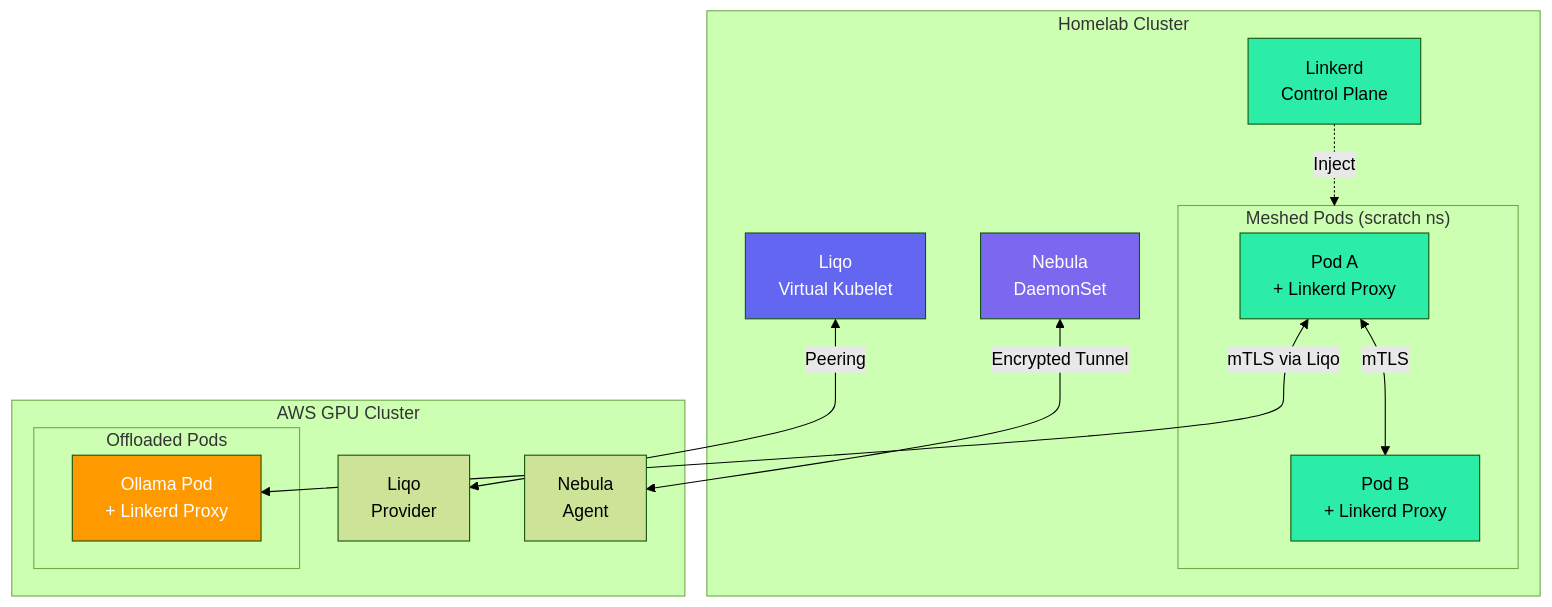
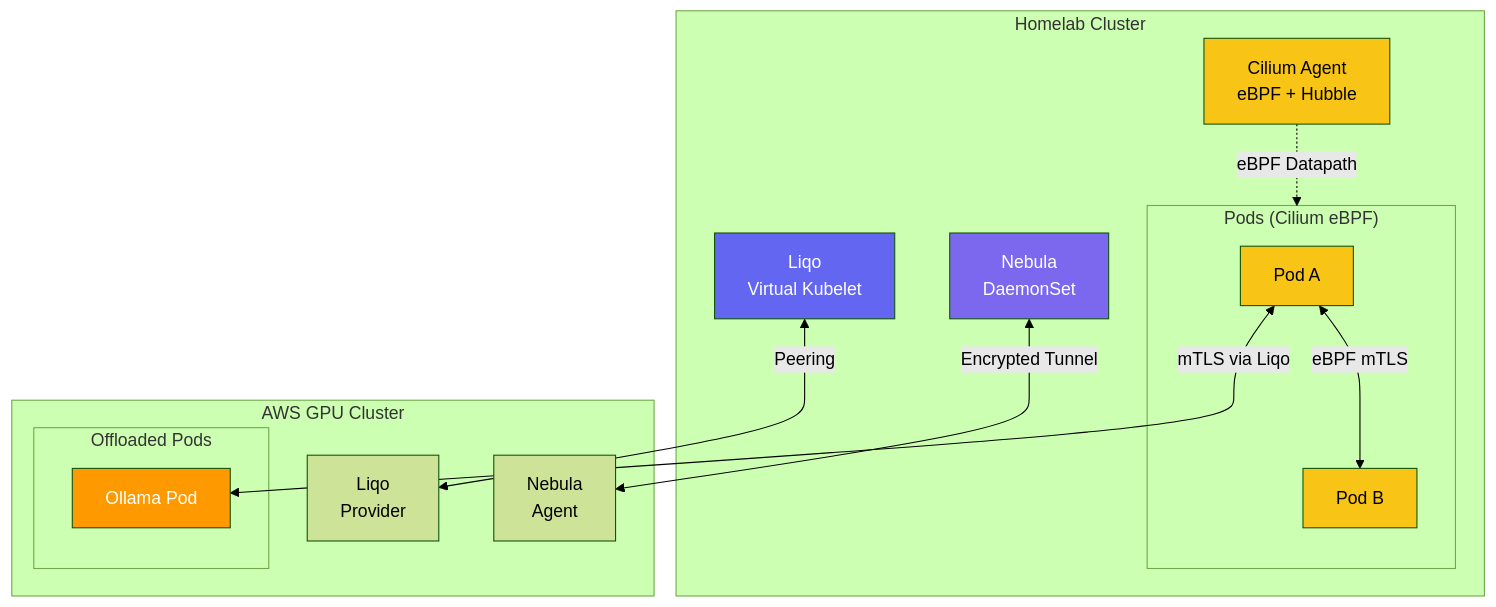
One commit to TheBranchDriftCatalyst/talos-homelab changed diagram 13 of 14 in docs/02-architecture/infrastructure-diagrams.md. Above: the diagram before and after it, drawn with Mermaid (forest theme). The commit also changed other lines of this file and 4 other files, not shown here.

First line of the commit message:
docs: update diagrams and references for linkerd removal

````diff
--- a/docs/02-architecture/infrastructure-diagrams.md
+++ b/docs/02-architecture/infrastructure-diagrams.md
@@ -519,36 +514,36 @@
 ```mermaid
 flowchart TB
     subgraph HomelabCluster["Homelab Cluster"]
-        subgraph MeshedPods["Meshed Pods (scratch ns)"]
-            PodA[Pod A<br/>+ Linkerd Proxy]
-            PodB[Pod B<br/>+ Linkerd Proxy]
+        subgraph MeshedPods["Pods (Cilium eBPF)"]
+            PodA[Pod A]
+            PodB[Pod B]
         end
 
-        LinkerdCP2[Linkerd<br/>Control Plane]
+        CiliumAgent2[Cilium Agent<br/>eBPF + Hubble]
         LiqoVK[Liqo<br/>Virtual Kubelet]
         NebulaD[Nebula<br/>DaemonSet]
     end
 
     subgraph AWSCluster["AWS GPU Cluster"]
         subgraph OffloadedPods["Offloaded Pods"]
-            GPUPod[Ollama Pod<br/>+ Linkerd Proxy]
+            GPUPod[Ollama Pod]
         end
 
         LiqoProvider[Liqo<br/>Provider]
         NebulaD2[Nebula<br/>Agent]
     end
 
-    PodA <-->|mTLS| PodB
+    PodA <-->|eBPF mTLS| PodB
     PodA <-->|mTLS via Liqo| GPUPod
 
-    LinkerdCP2 -.->|Inject| MeshedPods
+    CiliumAgent2 -.->|eBPF Datapath| MeshedPods
     LiqoVK <-->|Peering| LiqoProvider
     NebulaD <-->|Encrypted Tunnel| NebulaD2
 
-    style PodA fill:#2beda7,color:#000
-    style PodB fill:#2beda7,color:#000
+    style PodA fill:#F8C517,color:#000
+    style PodB fill:#F8C517,color:#000
     style GPUPod fill:#FF9900,color:#fff
-    style LinkerdCP2 fill:#2beda7,color:#000
+    style CiliumAgent2 fill:#F8C517,color:#000
     style LiqoVK fill:#6366F1,color:#fff
     style NebulaD fill:#7B68EE,color:#fff
 ```
````
